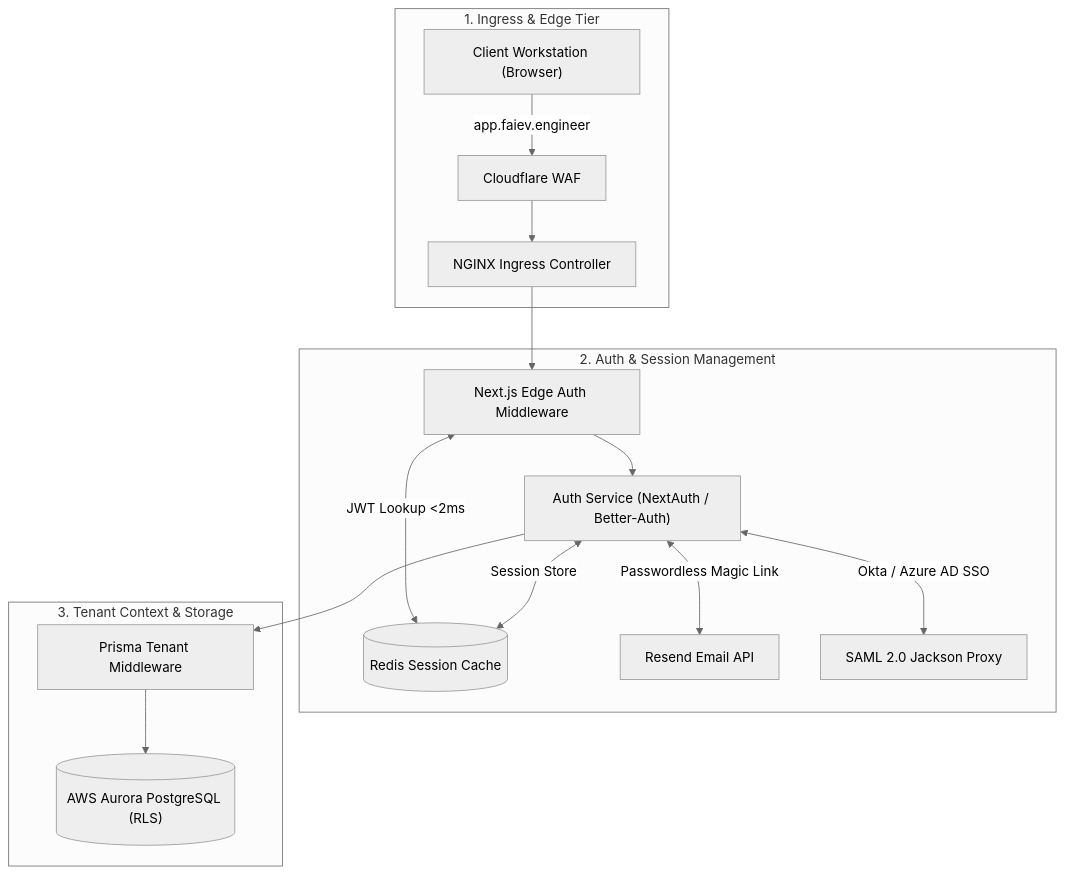
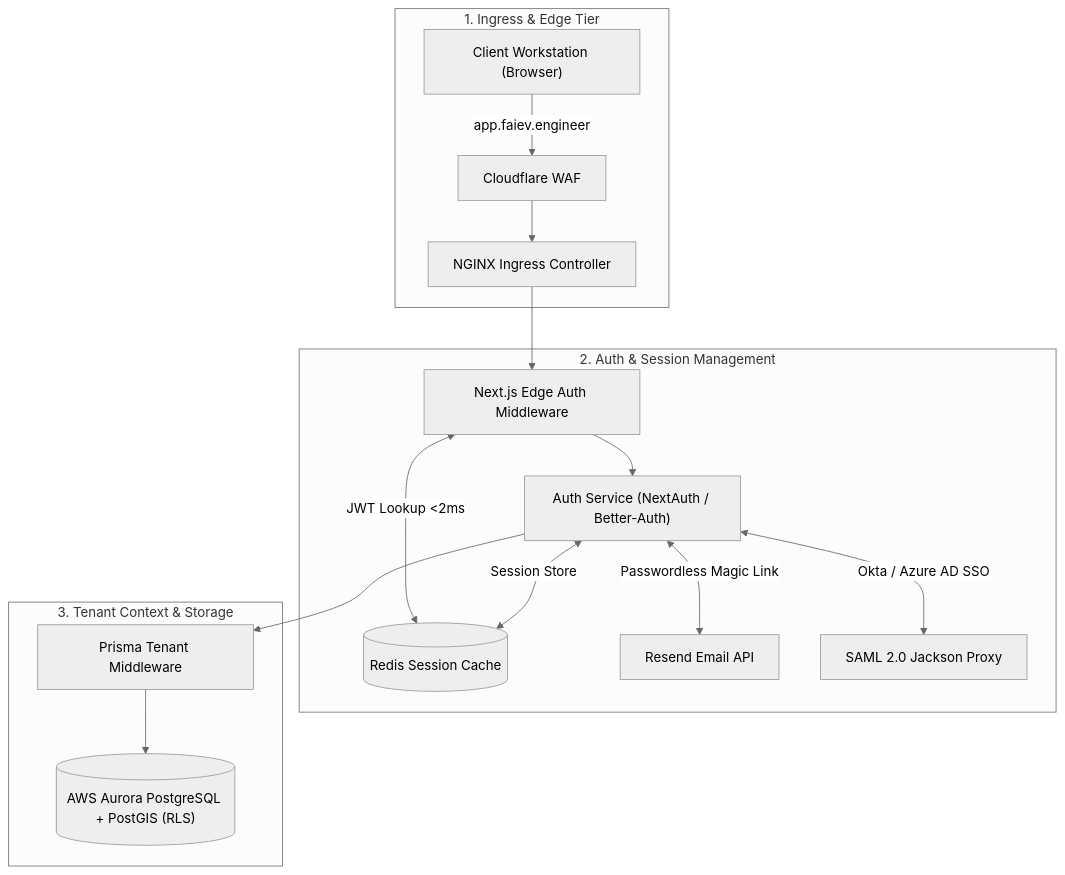
One commit to LoonistApp/Loonist changed the first of 5 diagrams in Phase_3_System_Architecture_Stages.md. Above: the diagram before and after it, drawn with Mermaid (neutral theme). The commit also changed other lines of this file and 3 other files, not shown here.

Commit message:
docs: tighten architecture semantics for database, job states, validation workflow, and tamper-evident hash chain

````diff
--- a/Phase_3_System_Architecture_Stages.md
+++ b/Phase_3_System_Architecture_Stages.md
@@ -7,29 +7,29 @@
 ```mermaid
 flowchart TD
     subgraph Ingress ["1. Ingress & Edge Tier"]
         Client["Client Workstation (Browser)"]
         WAF["Cloudflare WAF"]
         IngressProxy["NGINX Ingress Controller"]
     end
 
     subgraph Auth_Tier ["2. Auth & Session Management"]
         EdgeAuth["Next.js Edge Auth Middleware"]
         AuthService["Auth Service (NextAuth / Better-Auth)"]
         RedisSession[("Redis Session Cache")]
         ResendMail["Resend Email API"]
         SAMLProxy["SAML 2.0 Jackson Proxy"]
     end
 
     subgraph Tenant_DB ["3. Tenant Context & Storage"]
         PrismaMiddleware["Prisma Tenant Middleware"]
-        PostgresRLS[("AWS Aurora PostgreSQL (RLS)")]
+        PostgresRLS[("AWS Aurora PostgreSQL + PostGIS (RLS)")]
     end
 
     Client -->|app.faiev.engineer| WAF --> IngressProxy --> EdgeAuth
     EdgeAuth <-->|JWT Lookup <2ms| RedisSession
     EdgeAuth --> AuthService
     AuthService <-->|Passwordless Magic Link| ResendMail
     AuthService <-->|Okta / Azure AD SSO| SAMLProxy
     AuthService <-->|Session Store| RedisSession
     AuthService --> PrismaMiddleware --> PostgresRLS
 ```
````
